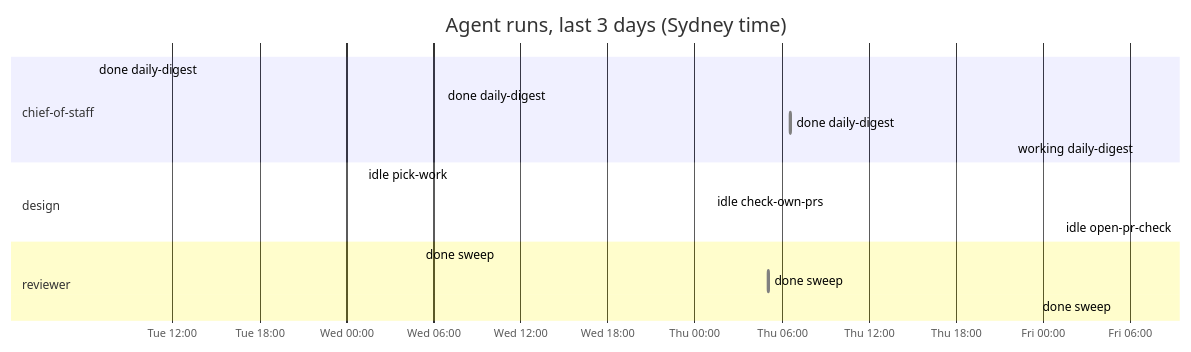
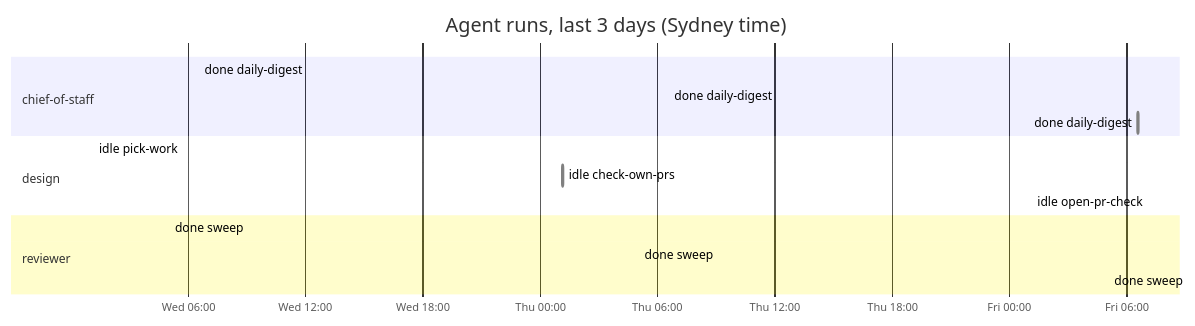
One commit to roulmediateam-byte/fifteen-expert-hq changed the diagram in dashboard.md. Above: the diagram before and after it, drawn with Mermaid. The commit also changed other lines of this file and 1 other file, not shown here.

````diff
--- a/dashboard.md
+++ b/dashboard.md
@@ -46,19 +47,18 @@
 ```mermaid
 gantt
     title Agent runs, last 3 days (Sydney time)
     dateFormat YYYY-MM-DD HH:mm
     axisFormat %a %H:%M
     section chief-of-staff
-    done daily-digest :done, 2026-11-17 06:35, 2026-11-17 06:36
     done daily-digest :done, 2026-11-18 06:35, 2026-11-18 06:36
     done daily-digest :done, 2026-11-19 06:35, 2026-11-19 06:36
-    working daily-digest :active, 2026-11-20 06:35, 2026-11-20 06:35
+    done daily-digest :done, 2026-11-20 06:35, 2026-11-20 06:37
     section design
     idle pick-work :done, 2026-11-18 01:11, 2026-11-18 01:11
     idle check-own-prs :done, 2026-11-19 01:10, 2026-11-19 01:11
     idle open-pr-check :done, 2026-11-20 01:10, 2026-11-20 01:11
     section reviewer
     done sweep :done, 2026-11-18 05:04, 2026-11-18 05:05
     done sweep :done, 2026-11-19 05:04, 2026-11-19 05:05
     done sweep :done, 2026-11-20 05:05, 2026-11-20 05:05
 ```
````
